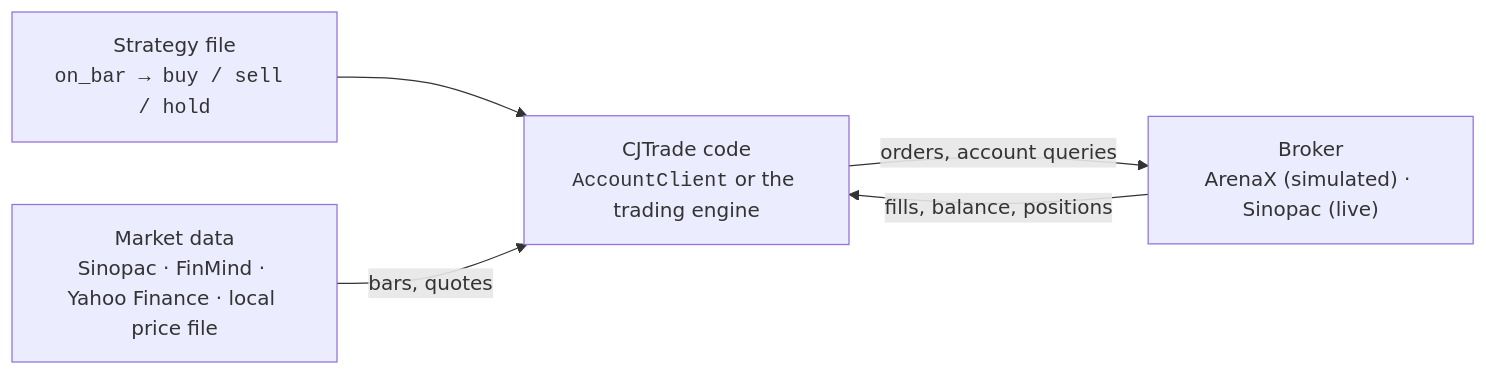
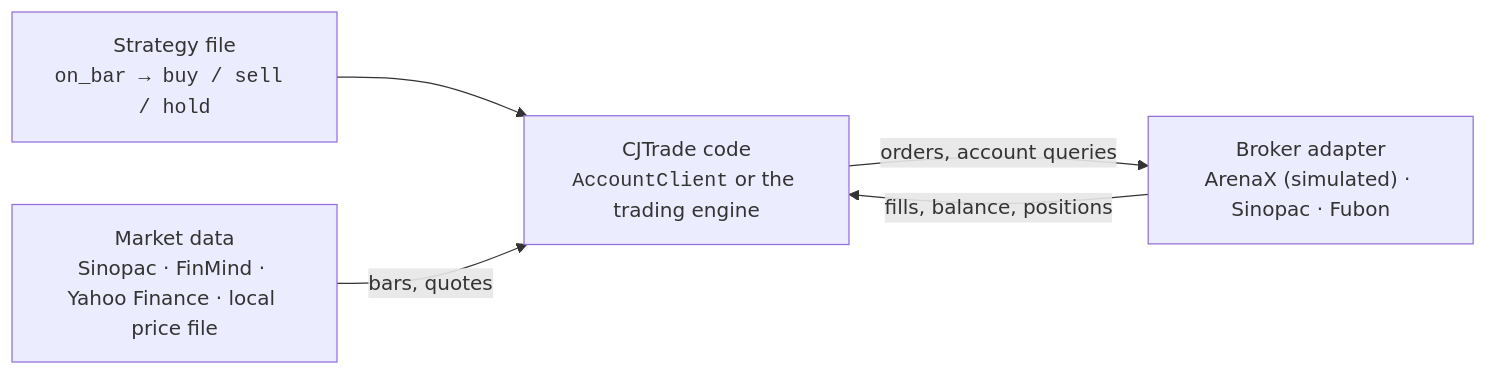
The diagram in doc/index.md (jackiesogi/CJTrade), drawn with Mermaid before and after one commit. The commit also changed other lines of this file and 21 other files, not shown here.

First line of the commit message:
Show in the docs that live brokers sit behind one adapter interface

````diff
--- a/doc/index.md
+++ b/doc/index.md
@@ -22,7 +25,7 @@
 ```mermaid
 flowchart LR
     S["Strategy file<br/><code>on_bar → buy / sell / hold</code>"] --> C["CJTrade code<br/><code>AccountClient</code> or the trading engine"]
-    C -- "orders, account queries" --> B["Broker<br/>ArenaX (simulated) · Sinopac (live)"]
+    C -- "orders, account queries" --> B["Broker adapter<br/>ArenaX (simulated) · Sinopac · Fubon"]
     B -- "fills, balance, positions" --> C
     M["Market data<br/>Sinopac · FinMind · Yahoo Finance · local price file"] -- "bars, quotes" --> C
 ```
````
